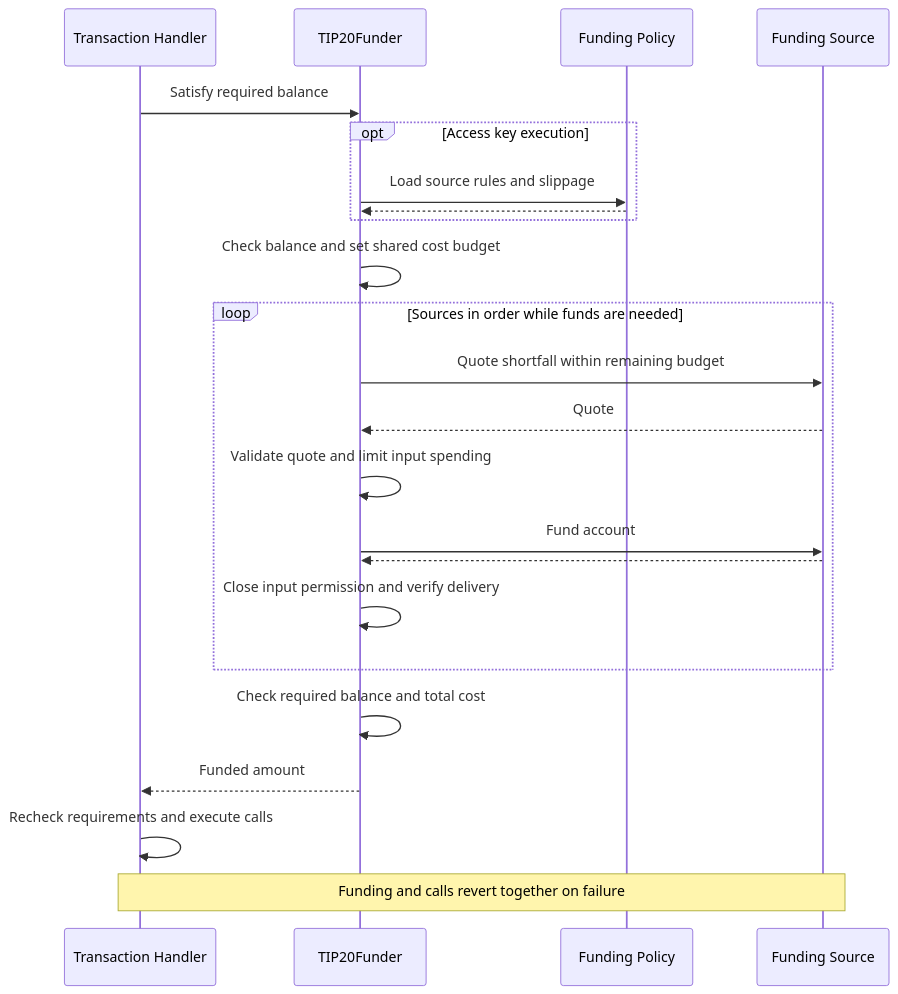
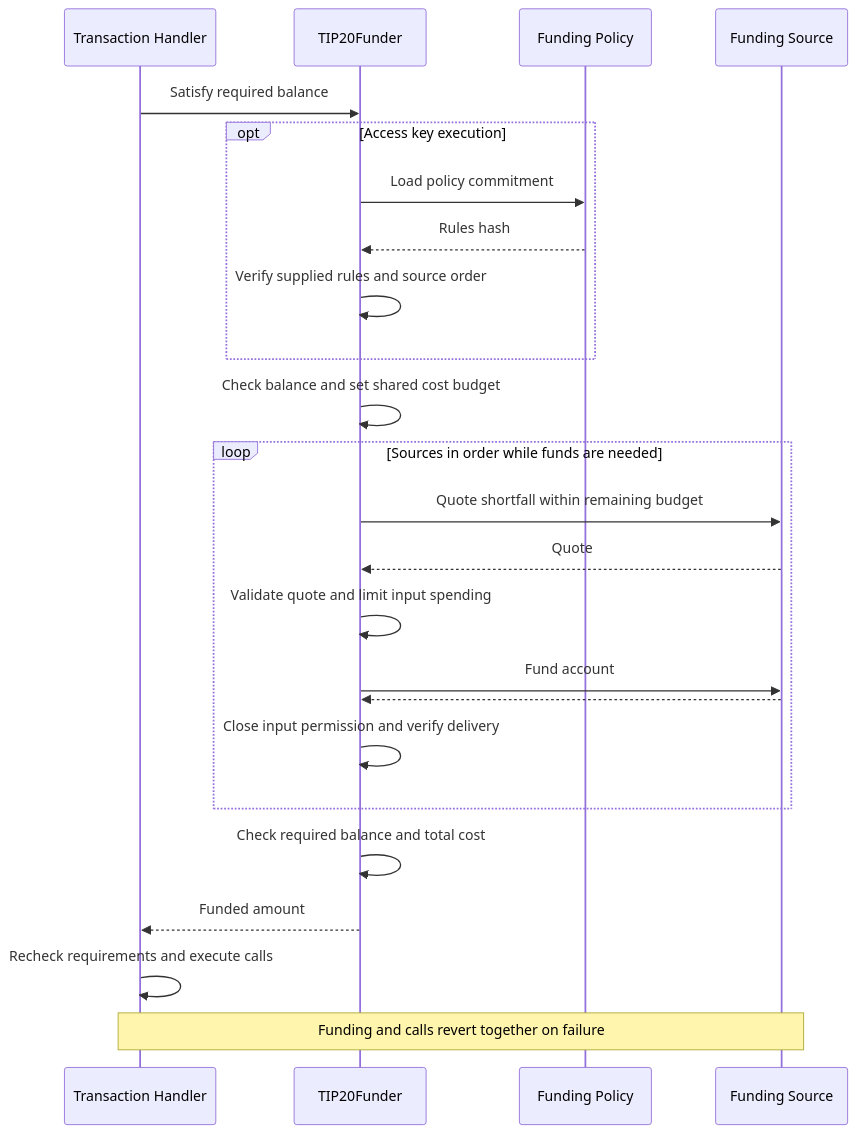
The second of 3 diagrams in tips/tip-1120.md (tempoxyz/tempo), drawn with Mermaid before and after one commit. The commit also changed other lines of this file, not shown here.

Commit message:
docs: commit funding policy rules by hash

````diff
--- a/tips/tip-1120.md
+++ b/tips/tip-1120.md
@@ -680,26 +709,27 @@
 ```mermaid
 sequenceDiagram
     participant H as Transaction Handler
     participant P as TIP20Funder
     participant R as Funding Policy
     participant F as Funding Source
 
     H->>P: Satisfy required balance
     opt Access key execution
-        P->>R: Load source rules and slippage
-        R-->>P:
+        P->>R: Load policy commitment
+        R-->>P: Rules hash
+        P->>P: Verify supplied rules and source order
     end
     P->>P: Check balance and set shared cost budget
     loop Sources in order while funds are needed
         P->>F: Quote shortfall within remaining budget
         F-->>P: Quote
         P->>P: Validate quote and limit input spending
         P->>F: Fund account
         F-->>P:
         P->>P: Close input permission and verify delivery
     end
     P->>P: Check required balance and total cost
     P-->>H: Funded amount
     H->>H: Recheck requirements and execute calls
     Note over H,F: Funding and calls revert together on failure
 ```
````
